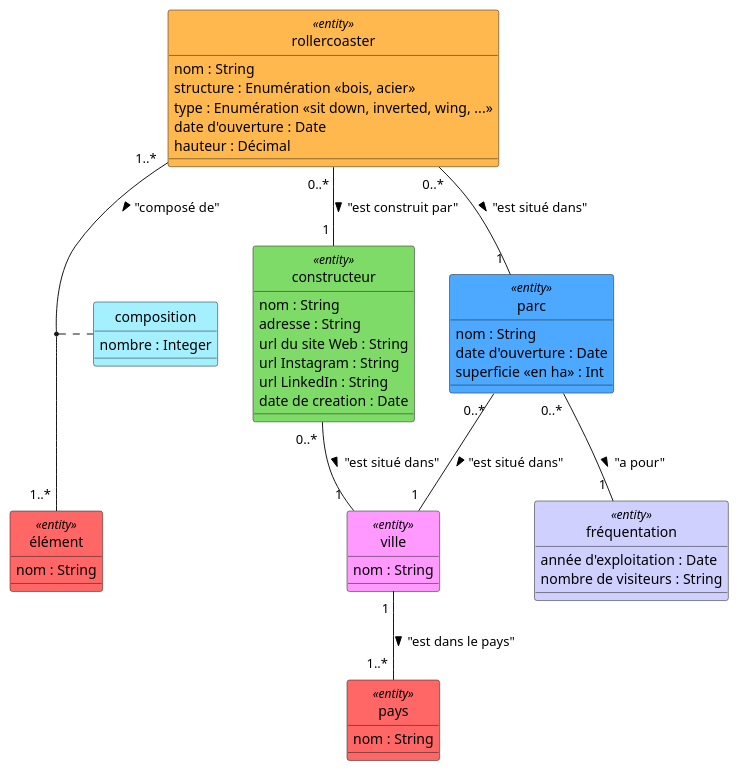
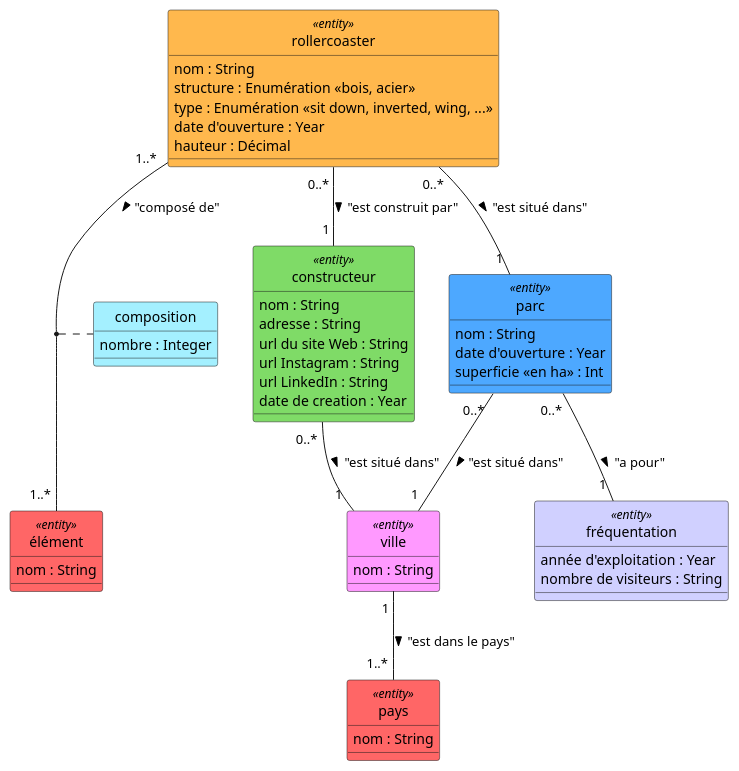
The diagram in MCD eurocoasters (A COMPLETER).puml (Neky547/ECD_Eurocoasters), drawn with PlantUML before and after one commit. The commit also changed 2 other files, not shown here.

```diff
--- a/MCD eurocoasters (A COMPLETER).puml
+++ b/MCD eurocoasters (A COMPLETER).puml
@@ -1,90 +1,90 @@
 @startuml
 
 ' Masquer les cercles dans les classes
 hide circle 
 
 ' ---------------------------
 '   Définition des entités 
 ' ---------------------------
 
 entity "rollercoaster"  as rollercoaster <<entity>> #FFB84D {    
     nom : String
     structure : Enumération <<bois, acier>>
     type : Enumération <<sit down, inverted, wing, ...>>
-    date d'ouverture : Date
+    date d'ouverture : Year
     hauteur : Décimal
 }
 
-entity "constructeur" as constructeur <<entity>> #7FDB67 {    
+entity "constructeur" as constructeur <<entity>> #7fdb67ff {    
     nom : String
     adresse : String
     url du site Web : String
     url Instagram : String
     url LinkedIn : String
-    date de creation : Date
+    date de creation : Year
 }
 
 entity "parc" as parc <<entity>> #4DA8FF {    
     nom : String
-    date d'ouverture : Date
+    date d'ouverture : Year
     superficie <<en ha>> : Int
 }
 
 entity "ville" as ville <<entity>> #FF99FF {   
     nom : String
 }
 
 entity "pays" as pays <<entity>> #FF6666 {   
     nom : String
 }
 
 entity "élément" as element <<entity>> #FF6666 {    
     nom : String
 }
 
 entity "fréquentation" as frequentation <<entity>> #D0D0FF {    
-    année d'exploitation : Date
+    année d'exploitation : Year
     nombre de visiteurs : String
 }
 
 ' -------------------------------
 '   Associations (relations)
 ' -------------------------------
 
 ' Un constructeur PEUT NE PAS AVOIR comme PLUSIEURS de rollercoaster, mais avoir d'autres types d'attractions
 ' Un rollercoaster est obligatoirement construit par UN constructeurs.
 rollercoaster  " 0..* "--" 1 " constructeur :  "est construit par" >
 
 ' Un rollercoaster est localisé dans UN parc et un parc peut avoir AUCUN ou PLUSIEURS rollercoasters
 ' A COMPLETER LA RELATION
 rollercoaster " 0..* " -- " 1 " parc : "est situé dans" >
 
 ' Un constructeur est localisé dans UNE ville, une ville peut avoir AUCUN ou PLUSIEURS constructeurs
 ' A COMPLETER LA RELATION
 constructeur " 0..* " -- " 1 " ville : "est situé dans" >
 
 ' Un parc d'attractions est  localisé dans UNE ville, une ville peut avoir AUCUN ou PLUSIEURS parcs d'attractions
 ' A COMPLETER LA RELATION
 parc " 0..* " -- " 1 " ville : "est situé dans" >
 
 ' Un parc n'a pas encore de fréquentation avant la fin de sa 1ère année d'exploitation
 ' Ensuite un par aura PLUSIEURS fréquentations (une par année d'exploitation.)
 ' Une fréquentation est en relation avec UN parc pour UNE année.
 ' A COMPLETER LA RELATION
 parc " 0..* " -- " 1 " frequentation : "a pour" >
 
 ' Une ville à UN unique pays, un pays à UNE ou plusieurs villes
 ' A COMPLETER LA RELATION
 ville " 1 " -- " 1..* " pays : "est dans le pays" >
 
 
 ' Un rollercoaster est composé de PLUSIEURS ELEMENTS et un élément peut se trouver dans PLUSIEURS rollercosters
 ' Un élément peut également avoir un NOMBRE D'OCCURRENCES supérieur à 1 dans un rollercoaster
 rollercoaster " 1..* " -- " 1..* " element : "composé de" >
 (rollercoaster, element ) . composition
 class "composition" as composition #A4F0FF {
     nombre : Integer
 }
 
 
 @enduml
```
